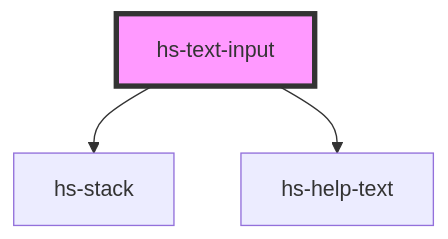
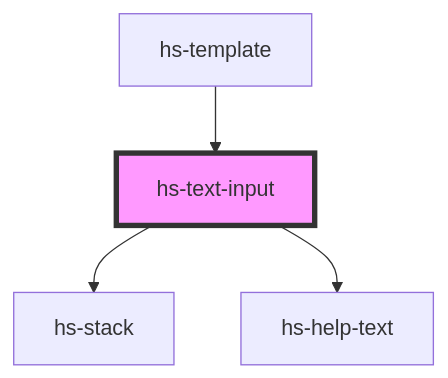
One commit to FrahOrru/design-system-fender changed the diagram in src/components/hs-text-input/readme.md. Above: the diagram before and after it, drawn with Mermaid. The commit also changed other lines of this file and 17 other files, not shown here.

````diff
--- a/src/components/hs-text-input/readme.md
+++ b/src/components/hs-text-input/readme.md
@@ -28,6 +32,7 @@
 ```mermaid
 graph TD;
   hs-text-input --> hs-stack
   hs-text-input --> hs-help-text
+  hs-template --> hs-text-input
   style hs-text-input fill:#f9f,stroke:#333,stroke-width:4px
 ```
````
